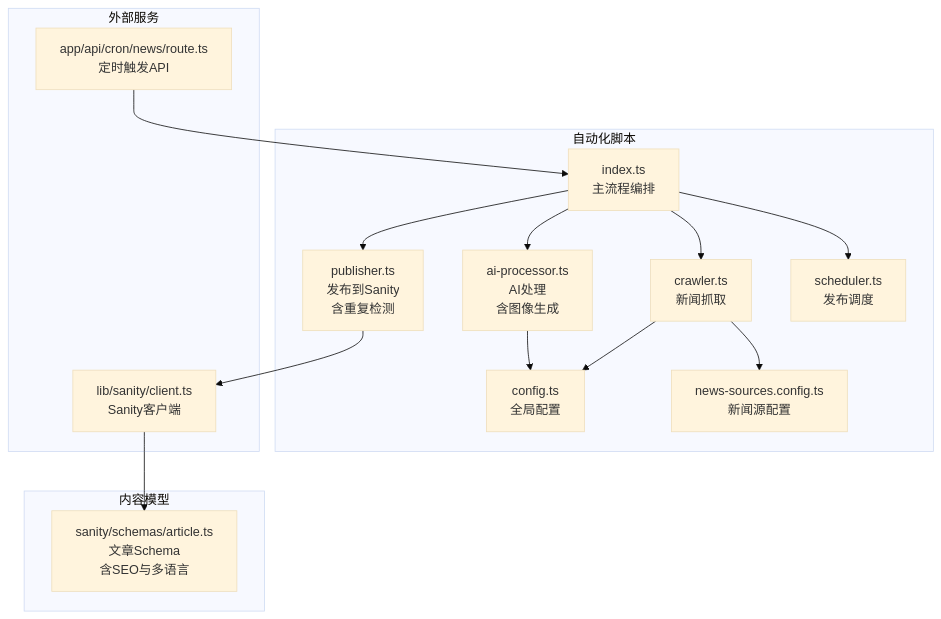
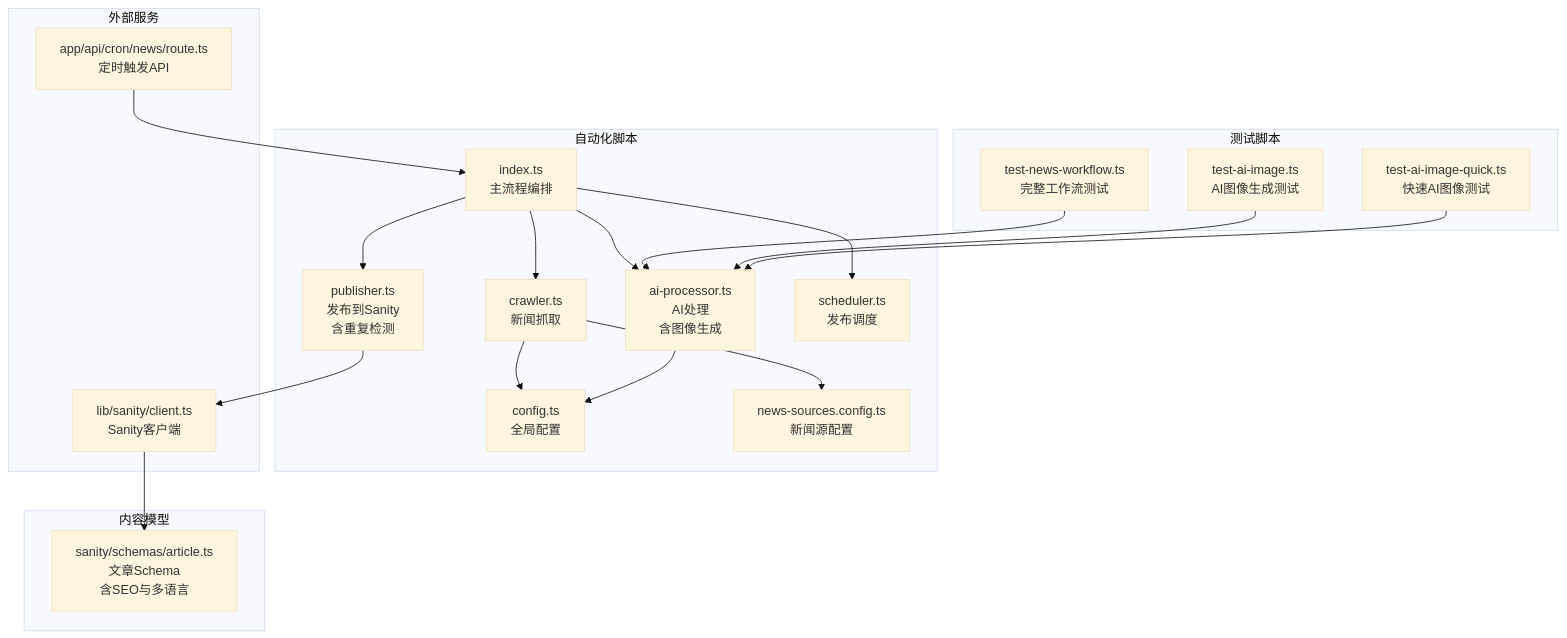
One commit to waltzhan/LEDTrade changed the first of 9 diagrams in .qoder/repowiki/zh/content/自动化工具/新闻自动爬取系统/新闻自动爬取系统.md. Above: the diagram before and after it, drawn with Mermaid (base theme). The commit also changed other lines of this file and 20 other files, not shown here.

````diff
--- a/.qoder/repowiki/zh/content/自动化工具/新闻自动爬取系统/新闻自动爬取系统.md
+++ b/.qoder/repowiki/zh/content/自动化工具/新闻自动爬取系统/新闻自动爬取系统.md
@@ -42,29 +44,37 @@
 ```mermaid
 graph TB
 subgraph "自动化脚本"
 IDX["index.ts<br/>主流程编排"]
 CRW["crawler.ts<br/>新闻抓取"]
 AI["ai-processor.ts<br/>AI处理<br/>含图像生成"]
 PUB["publisher.ts<br/>发布到Sanity<br/>含重复检测"]
 SCH["scheduler.ts<br/>发布调度"]
 CFG["config.ts<br/>全局配置"]
 SRC["news-sources.config.ts<br/>新闻源配置"]
 end
 subgraph "外部服务"
 SAN["lib/sanity/client.ts<br/>Sanity客户端"]
 API["app/api/cron/news/route.ts<br/>定时触发API"]
 end
 subgraph "内容模型"
 ART["sanity/schemas/article.ts<br/>文章Schema<br/>含SEO与多语言"]
 end
+subgraph "测试脚本"
+TEST1["test-news-workflow.ts<br/>完整工作流测试"]
+TEST2["test-ai-image.ts<br/>AI图像生成测试"]
+TEST3["test-ai-image-quick.ts<br/>快速AI图像测试"]
+end
 IDX --> SCH
 IDX --> CRW
 IDX --> AI
 IDX --> PUB
 CRW --> SRC
 CRW --> CFG
 AI --> CFG
 PUB --> SAN
 SAN --> ART
 API --> IDX
+TEST1 --> AI
+TEST2 --> AI
+TEST3 --> AI
 ```
````
